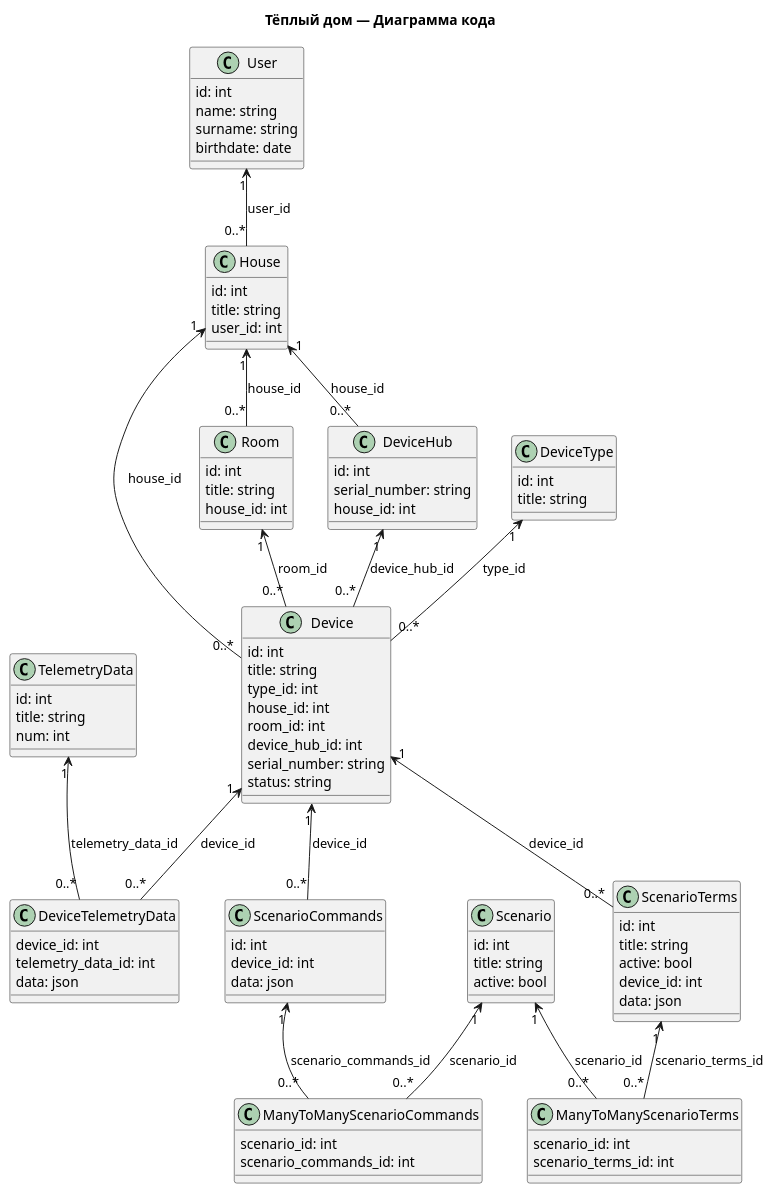
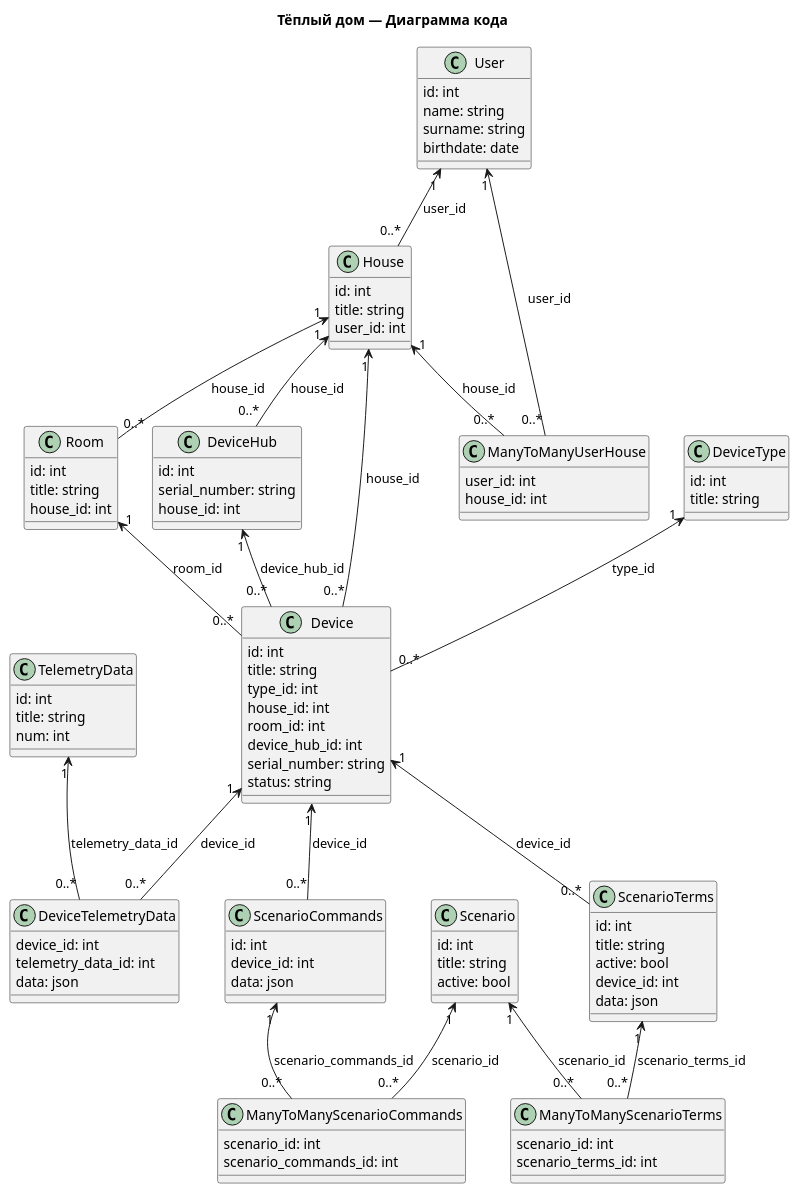
One commit to AlexCPU7/architecture-sprint-3 changed the diagram in diagrams/er-diagram/er_diagram.puml. Above: the diagram before and after it, drawn with PlantUML.

Commit message:
Add the many to many relationship between the tables 'User' and 'House' in the er-diagram

```diff
--- a/diagrams/er-diagram/er_diagram.puml
+++ b/diagrams/er-diagram/er_diagram.puml
@@ -1,103 +1,110 @@
 @startuml
 title Тёплый дом — Диаграмма кода
 
 class User {
   id: int
   name: string
   surname: string
   birthdate: date
+}
+
+class ManyToManyUserHouse {
+  user_id: int
+  house_id: int
 }
 
 class House {
   id: int
   title: string
   user_id: int
 }
 
 class Room {
   id: int
   title: string
   house_id: int
 }
 
 class DeviceHub {
   id: int
   serial_number: string
   house_id: int
 }
 
 class DeviceType {
   id: int
   title: string
 }
 
 class Device {
   id: int
   title: string
   type_id: int
   house_id: int
   room_id: int
   device_hub_id: int
   serial_number: string
   status: string
 }
 
 class TelemetryData {
   id: int
   title: string
   num: int
 }
 
 class DeviceTelemetryData {
   device_id: int
   telemetry_data_id: int
   data: json
 }
 
 class Scenario {
   id: int
   title: string
   active: bool
 }
 
 class ScenarioTerms {
   id: int
   title: string
   active: bool
   device_id: int
   data: json
 }
 
 class ScenarioCommands {
   id: int
   device_id: int
   data: json
 }
 
 class ManyToManyScenarioCommands {
   scenario_id: int
   scenario_commands_id: int
 }
 
 class ManyToManyScenarioTerms {
   scenario_id: int
   scenario_terms_id: int
 }
 
 User "1" <-- "0..*" House : user_id
 House "1" <-- "0..*" Room : house_id
 House "1" <-- "0..*" DeviceHub : house_id
 House "1" <-- "0..*" Device : house_id
+User "1" <-- "0..*" ManyToManyUserHouse : user_id
+House "1" <-- "0..*" ManyToManyUserHouse : house_id
 Room "1" <-- "0..*" Device : room_id
 DeviceHub "1" <-- "0..*" Device : device_hub_id
 DeviceType "1" <-- "0..*" Device : type_id
 Device "1" <-- "0..*" DeviceTelemetryData : device_id
 TelemetryData "1" <-- "0..*" DeviceTelemetryData : telemetry_data_id
 Device "1" <-- "0..*" ScenarioTerms : device_id
 Device "1" <-- "0..*" ScenarioCommands : device_id
 Scenario "1" <-- "0..*" ManyToManyScenarioCommands : scenario_id
 ScenarioCommands "1" <-- "0..*" ManyToManyScenarioCommands : scenario_commands_id
 Scenario "1" <-- "0..*" ManyToManyScenarioTerms : scenario_id
 ScenarioTerms "1" <-- "0..*" ManyToManyScenarioTerms : scenario_terms_id
 
 @enduml
```
